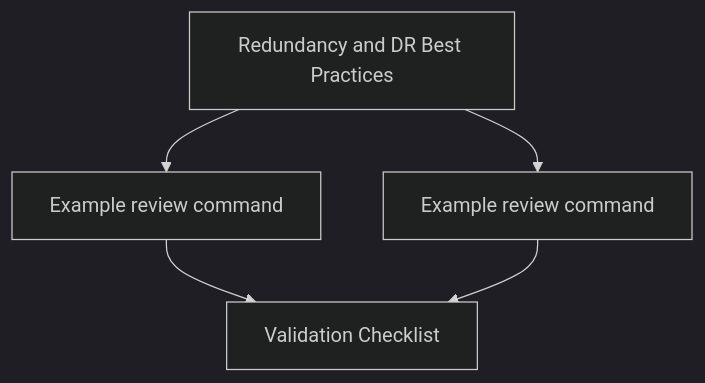
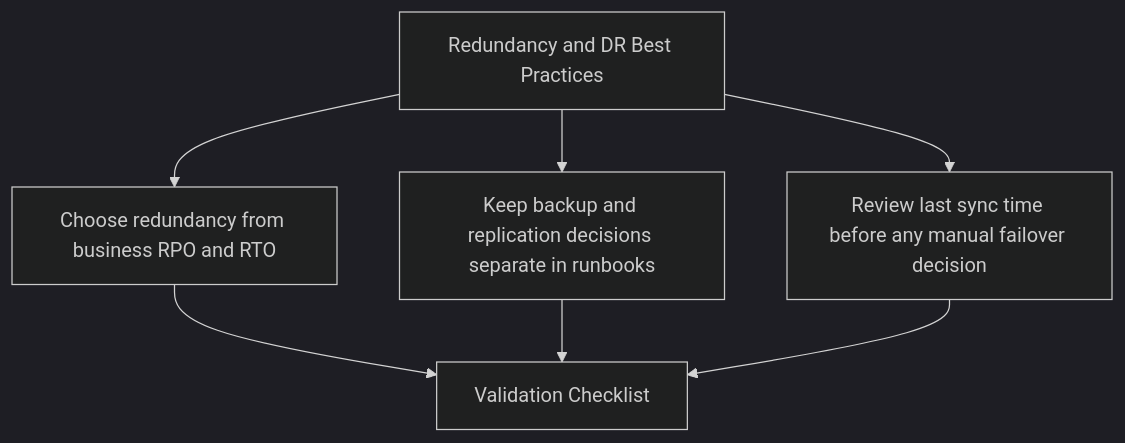
One commit to yeongseon/azure-storage-practical-guide changed the diagram in docs/best-practices/redundancy-and-dr-best-practices.md. Above: the diagram before and after it, drawn with Mermaid (dark theme). The commit also changed 2 other files, not shown here.

Commit message:
fix: rebuild BP diagrams from actual practice bullets, not example-command headings

````diff
--- a/docs/best-practices/redundancy-and-dr-best-practices.md
+++ b/docs/best-practices/redundancy-and-dr-best-practices.md
@@ -29,11 +29,14 @@
 ```mermaid
 flowchart TD
     T["Redundancy and DR Best Practices"]
-    P1["Example review command"]
+    P1["Choose redundancy from business RPO and RTO"]
     T --> P1
-    P2["Example review command"]
+    P2["Keep backup and replication decisions separate in runbooks"]
     T --> P2
+    P3["Review last sync time before any manual failover decision"]
+    T --> P3
     V["Validation Checklist"]
     P1 --> V
     P2 --> V
+    P3 --> V
 ```
````
